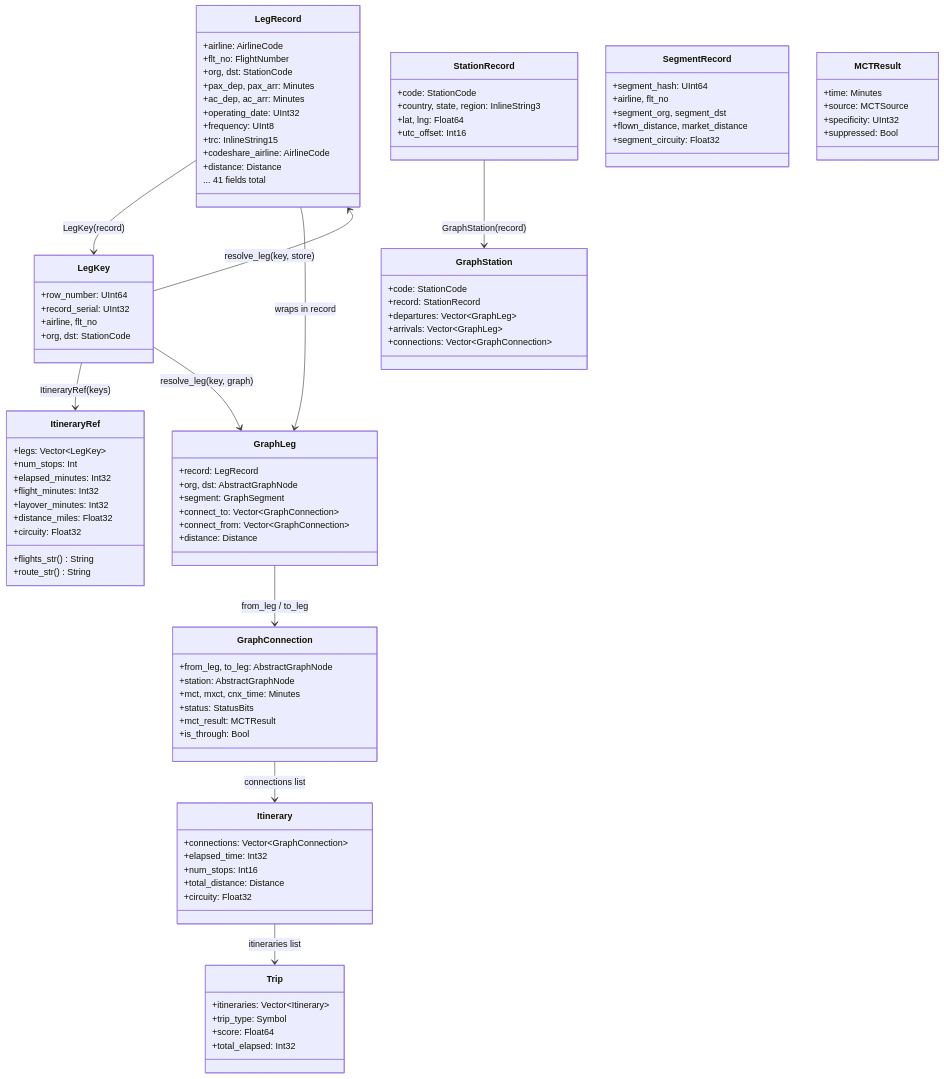
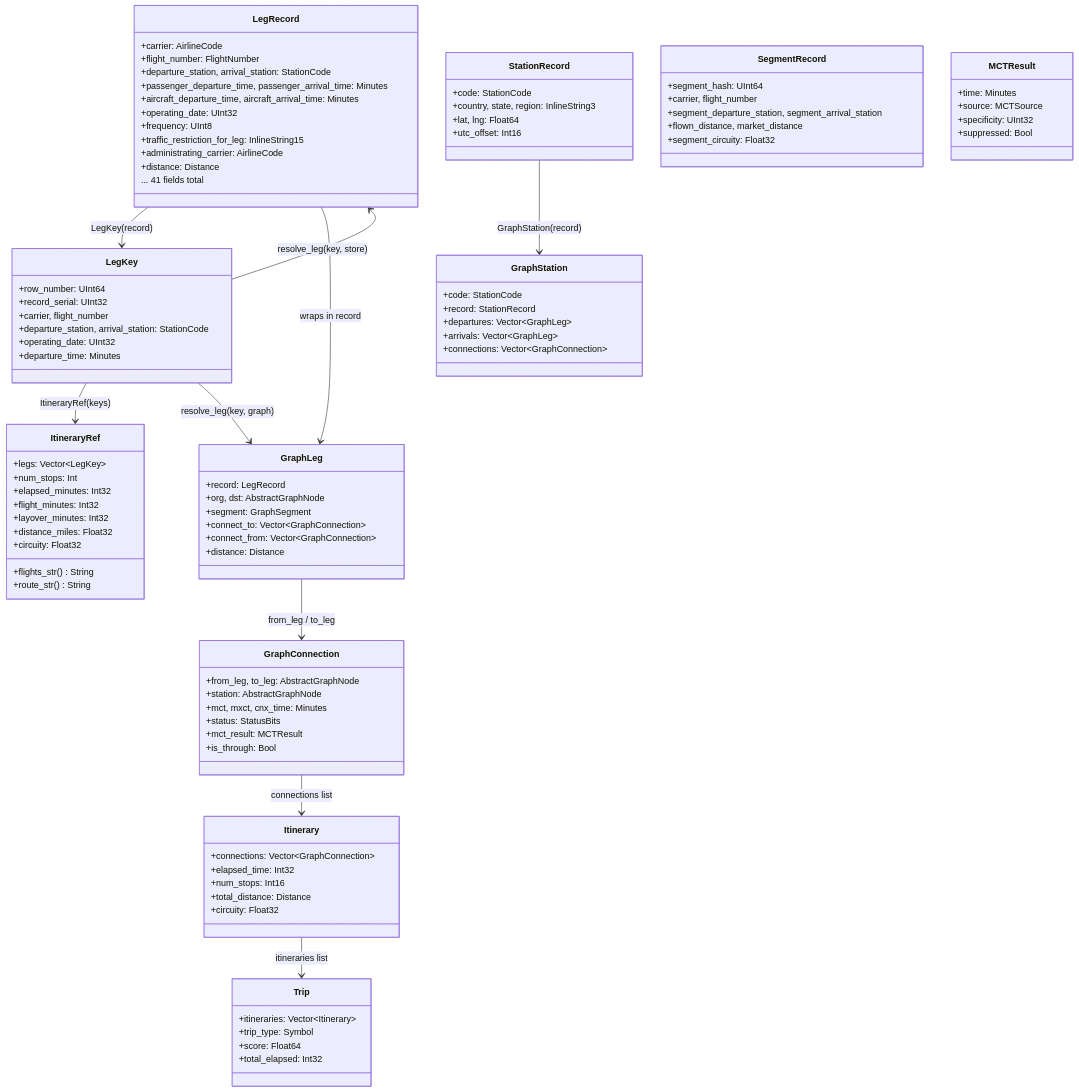
The second of 2 diagrams in docs/src/architecture.md (cell-scape/ItinerarySearch.jl), drawn with Mermaid before and after one commit. The commit also changed other lines of this file and 6 other files, not shown here.

````diff
--- a/docs/src/architecture.md
+++ b/docs/src/architecture.md
@@ -128,15 +131,15 @@
 ```mermaid
 classDiagram
     class LegRecord {
-        +airline: AirlineCode
-        +flt_no: FlightNumber
-        +org, dst: StationCode
-        +pax_dep, pax_arr: Minutes
-        +ac_dep, ac_arr: Minutes
+        +carrier: AirlineCode
+        +flight_number: FlightNumber
+        +departure_station, arrival_station: StationCode
+        +passenger_departure_time, passenger_arrival_time: Minutes
+        +aircraft_departure_time, aircraft_arrival_time: Minutes
         +operating_date: UInt32
         +frequency: UInt8
-        +trc: InlineString15
-        +codeshare_airline: AirlineCode
+        +traffic_restriction_for_leg: InlineString15
+        +administrating_carrier: AirlineCode
         +distance: Distance
         ... 41 fields total
     }
@@ -148,8 +151,8 @@
     }
     class SegmentRecord {
         +segment_hash: UInt64
-        +airline, flt_no
-        +segment_org, segment_dst
+        +carrier, flight_number
+        +segment_departure_station, segment_arrival_station
         +flown_distance, market_distance
         +segment_circuity: Float32
     }
@@ -162,8 +165,10 @@
     class LegKey {
         +row_number: UInt64
         +record_serial: UInt32
-        +airline, flt_no
-        +org, dst: StationCode
+        +carrier, flight_number
+        +departure_station, arrival_station: StationCode
+        +operating_date: UInt32
+        +departure_time: Minutes
     }
     class ItineraryRef {
         +legs: Vector~LegKey~
````
